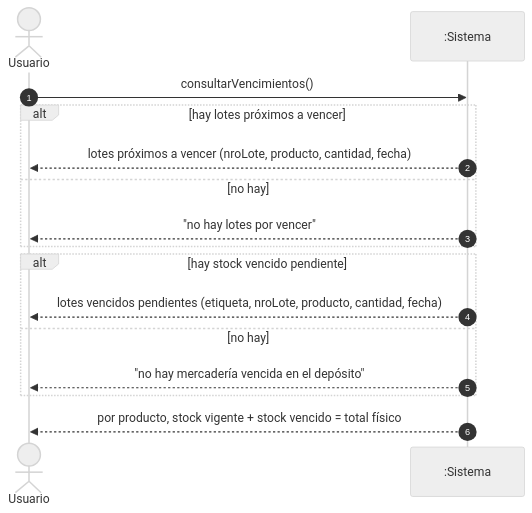
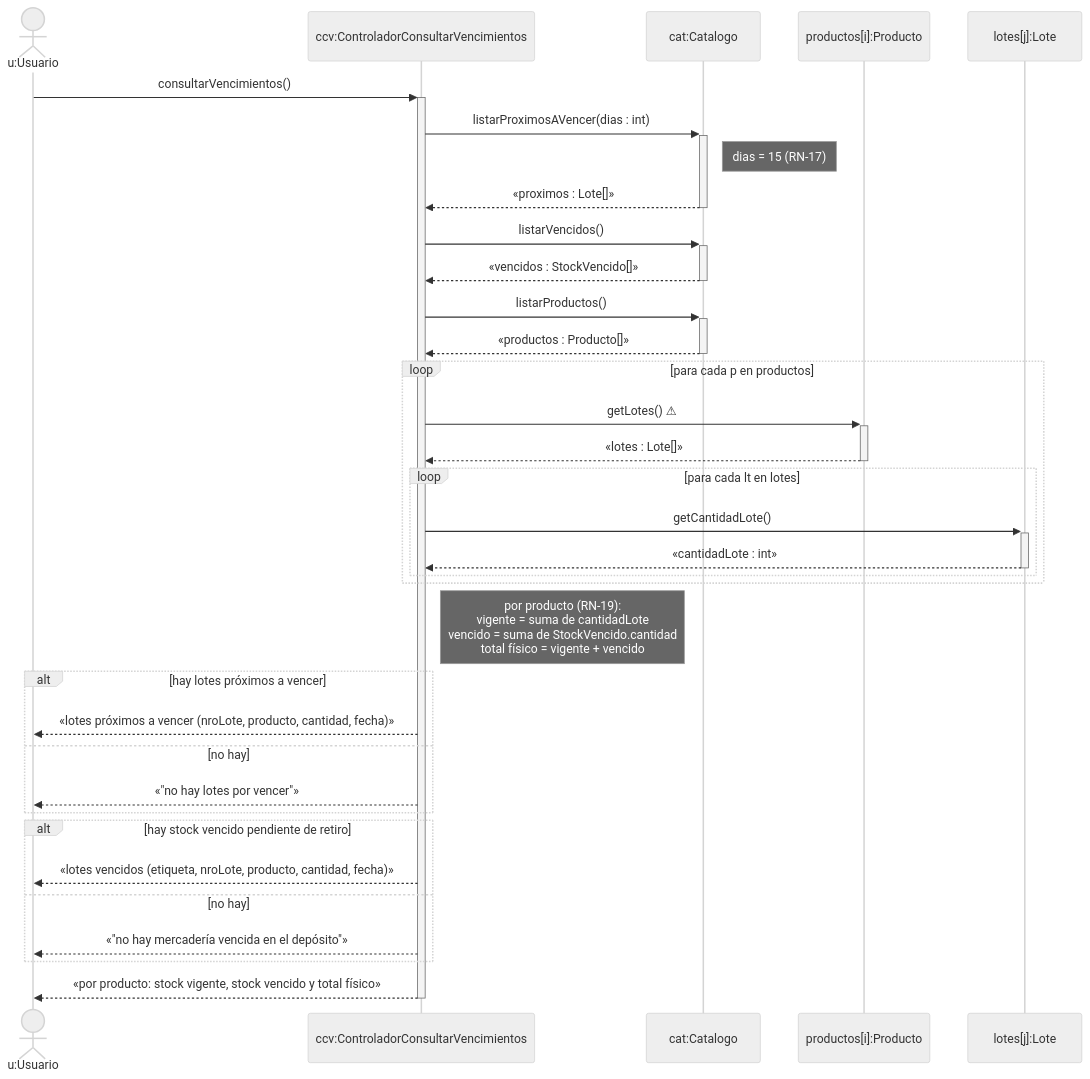
One commit to cirotop/Stock-Project changed diagram 12 of 12 in 08-Diagrama De Secuencia/Diagramas_de_Secuencia.md. Above: the diagram before and after it, drawn with Mermaid (neutral theme). The commit also changed other lines of this file, not shown here.

````diff
--- a/08-Diagrama De Secuencia/Diagramas_de_Secuencia.md
+++ b/08-Diagrama De Secuencia/Diagramas_de_Secuencia.md
@@ -169,18 +413,38 @@
 ```mermaid
 sequenceDiagram
-    autonumber
-    actor U as Usuario
-    participant S as :Sistema
-    U->>S: consultarVencimientos()
+    actor u as u:Usuario
+    participant ccv as ccv:ControladorConsultarVencimientos
+    participant cat as cat:Catalogo
+    participant p as productos[i]:Producto
+    participant lt as lotes[j]:Lote
+
+    u->>+ccv: consultarVencimientos()
+    ccv->>+cat: listarProximosAVencer(dias : int)
+    Note right of cat: dias = 15 (RN-17)
+    cat-->>-ccv: «proximos : Lote[]»
+    ccv->>+cat: listarVencidos()
+    cat-->>-ccv: «vencidos : StockVencido[]»
+    ccv->>+cat: listarProductos()
+    cat-->>-ccv: «productos : Producto[]»
+    loop para cada p en productos
+        ccv->>+p: getLotes() ⚠
+        p-->>-ccv: «lotes : Lote[]»
+        loop para cada lt en lotes
+            ccv->>+lt: getCantidadLote()
+            lt-->>-ccv: «cantidadLote : int»
+        end
+    end
+    Note right of ccv: por producto (RN-19):<br/>vigente = suma de cantidadLote<br/>vencido = suma de StockVencido.cantidad<br/>total físico = vigente + vencido
     alt hay lotes próximos a vencer
-        S-->>U: lotes próximos a vencer (nroLote, producto, cantidad, fecha)
+        ccv-->>u: «lotes próximos a vencer (nroLote, producto, cantidad, fecha)»
     else no hay
-        S-->>U: "no hay lotes por vencer"
+        ccv-->>u: «"no hay lotes por vencer"»
     end
-    alt hay stock vencido pendiente
-        S-->>U: lotes vencidos pendientes (etiqueta, nroLote, producto, cantidad, fecha)
+    alt hay stock vencido pendiente de retiro
+        ccv-->>u: «lotes vencidos (etiqueta, nroLote, producto, cantidad, fecha)»
     else no hay
-        S-->>U: "no hay mercadería vencida en el depósito"
+        ccv-->>u: «"no hay mercadería vencida en el depósito"»
     end
-    S-->>U: por producto, stock vigente + stock vencido = total físico
+    ccv-->>u: «por producto: stock vigente, stock vencido y total físico»
+    deactivate ccv
 ```
````
